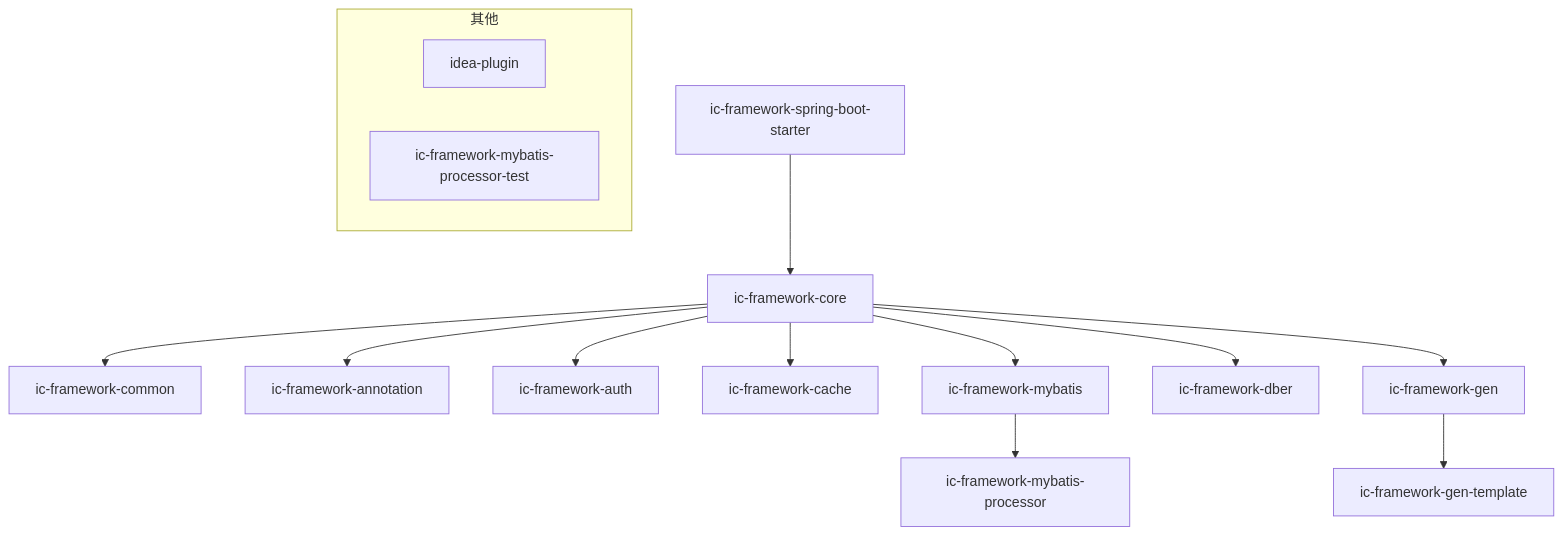
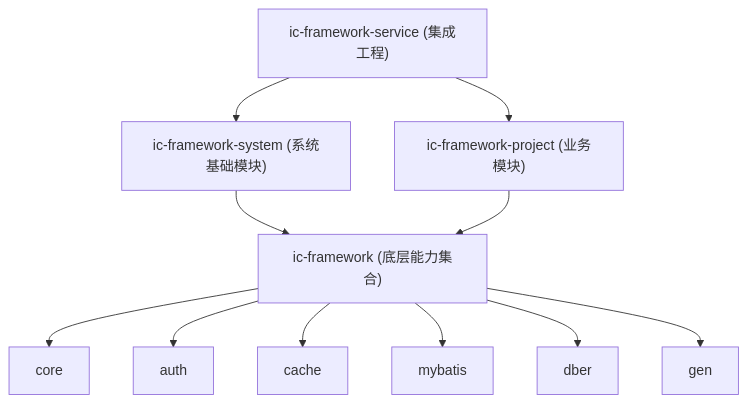
The diagram in doc/docs/introduction/structure.md (conesat/ic-framework), drawn with Mermaid before and after one commit. The commit also changed other lines of this file and 11 other files, not shown here.

````diff
--- a/doc/docs/introduction/structure.md
+++ b/doc/docs/introduction/structure.md
@@ -23,17 +51,13 @@
 ```mermaid
 graph TD
-  A[ic-framework-spring-boot-starter] --> B[ic-framework-core]
-  B --> C[ic-framework-common]
-  B --> D[ic-framework-annotation]
-  B --> E[ic-framework-auth]
-  B --> F[ic-framework-cache]
-  B --> G[ic-framework-mybatis]
-  G --> H[ic-framework-mybatis-processor]
-  B --> I[ic-framework-dber]
-  B --> J[ic-framework-gen]
-  J --> K[ic-framework-gen-template]
-  subgraph 其他
-    L[idea-plugin]
-    M[ic-framework-mybatis-processor-test]
-  end
+  A["ic-framework-service (集成工程)"] --> B["ic-framework-system (系统基础模块)"]
+  A --> C["ic-framework-project (业务模块)"]
+  B --> D["ic-framework (底层能力集合)"]
+  C --> D
+  D --> D1["core"]
+  D --> D2["auth"]
+  D --> D3["cache"]
+  D --> D4["mybatis"]
+  D --> D5["dber"]
+  D --> D6["gen"]
 ```
````
